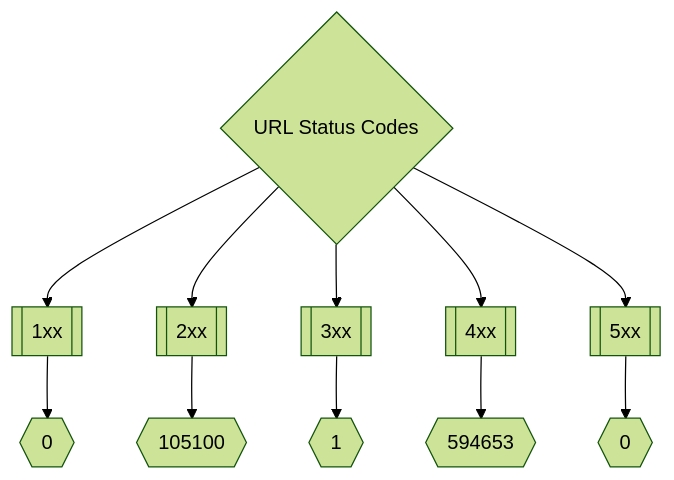
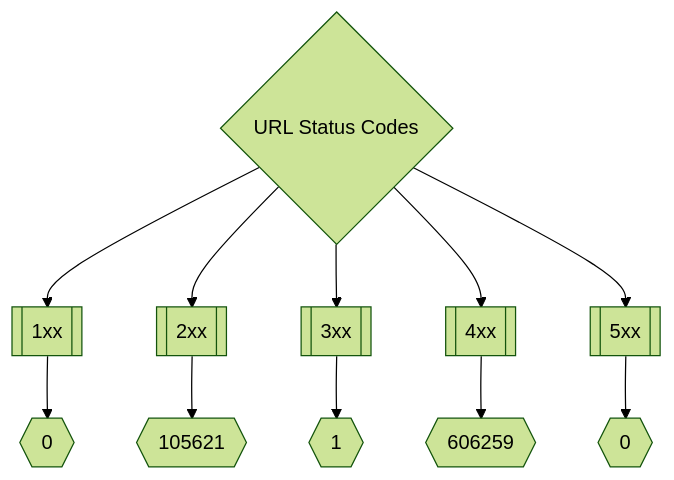
Before and after one commit to Excloudx6/inventory: the second of 3 diagrams in README.md, drawn with Mermaid (forest theme). The commit also changed other lines of this file, not shown here.

Commit message:
Update README.md Fri Aug 12 22:16:56 UTC 2022

````diff
--- a/README.md
+++ b/README.md
@@ -175,8 +175,8 @@
 ```mermaid
 graph TD
 title{URL Status Codes} --> 1xx[[1xx]] --> status1xxNum{{0}}
-title --> 2xx[[2xx]] --> status2xxNum{{105100}}
+title --> 2xx[[2xx]] --> status2xxNum{{105621}}
 title --> 3xx[[3xx]] --> status3xxNum{{1}}
-title --> 4xx[[4xx]] --> status4xxNum{{594653}}
+title --> 4xx[[4xx]] --> status4xxNum{{606259}}
 title --> 5xx[[5xx]] --> status5xxNum{{0}}
 ```
````
